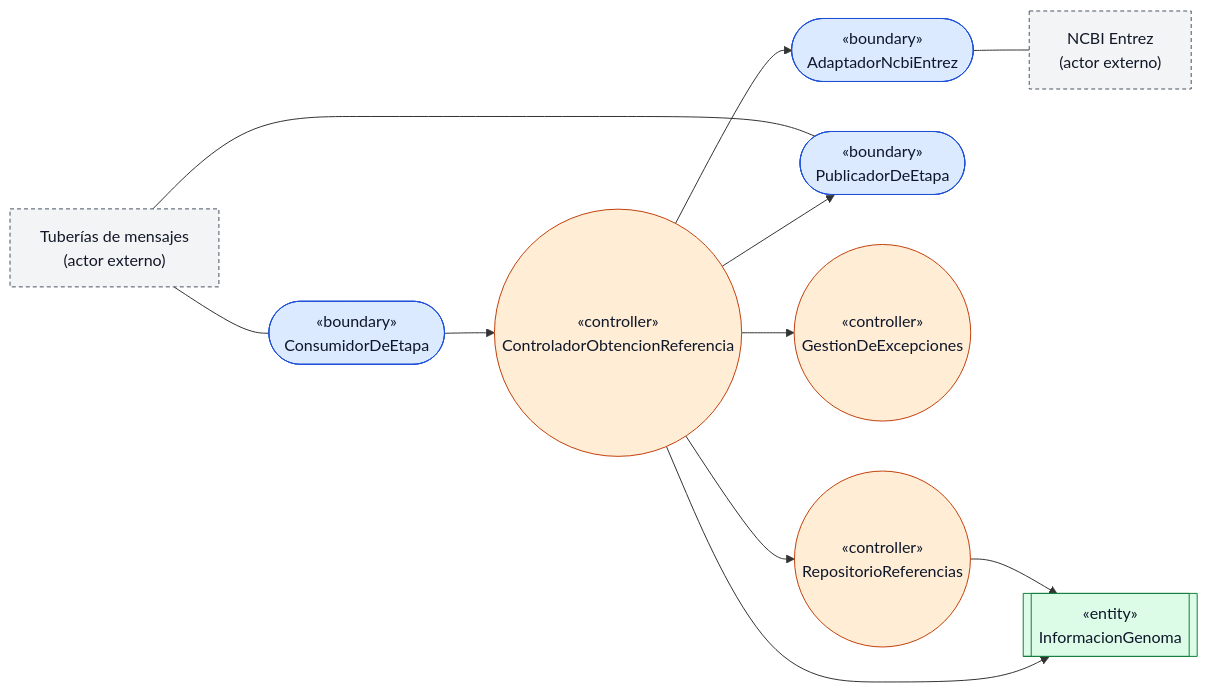
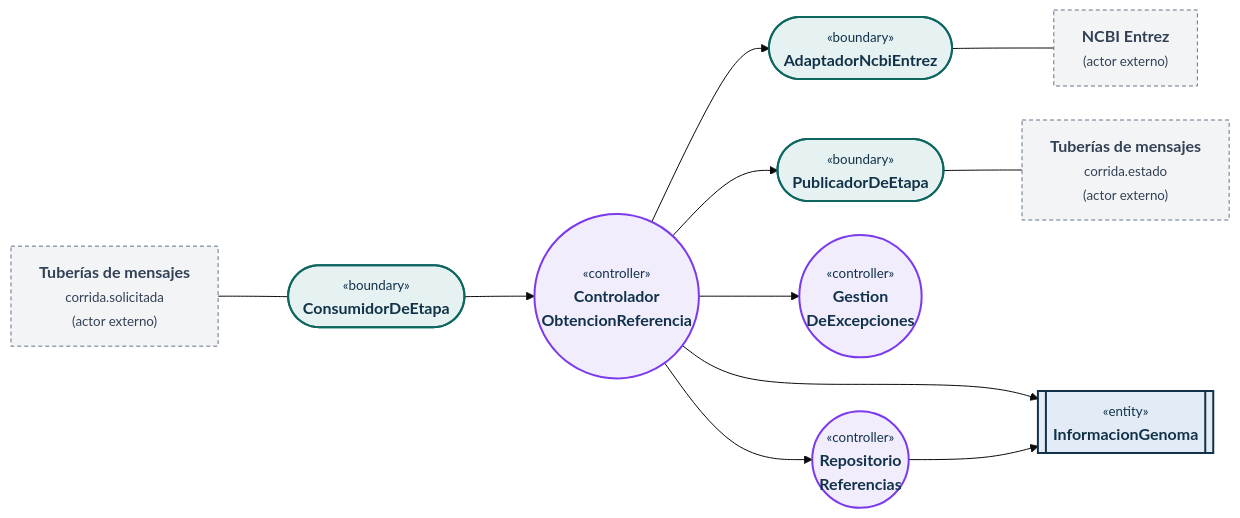
One commit to MatiasRiosMR/PrimerCraft-Pro-2026 changed the first of 4 diagrams in docs/design/diseno-detallado.md. Above: the diagram before and after it, drawn with Mermaid. The commit also changed other lines of this file, not shown here.

Commit message:
docs(tp4): rediseño los diagramas de robustez, secuencia y clases con los colores del proyecto, cajas por capa y mensajes numerados

````diff
--- a/docs/design/diseno-detallado.md
+++ b/docs/design/diseno-detallado.md
@@ -172,30 +172,40 @@
 ```mermaid
+---
+config:
+  theme: base
+  flowchart:
+    curve: basis
+    nodeSpacing: 34
+    rankSpacing: 70
+    padding: 14
+---
 flowchart LR
-    brk["Tuberías de mensajes<br/>(actor externo)"]
-    ncbi["NCBI Entrez<br/>(actor externo)"]
-    con(["«boundary»<br/>ConsumidorDeEtapa"])
-    ad(["«boundary»<br/>AdaptadorNcbiEntrez"])
-    pub(["«boundary»<br/>PublicadorDeEtapa"])
-    co(("«controller»<br/>ControladorObtencionReferencia"))
-    ge(("«controller»<br/>GestionDeExcepciones"))
-    ig[["«entity»<br/>InformacionGenoma"]]
-    rep(("«controller»<br/>RepositorioReferencias"))
-    brk --- con
+    brk_in["<b>Tuberías de mensajes</b><br/><small>corrida.solicitada</small><br/><small>(actor externo)</small>"]
+    brk_out["<b>Tuberías de mensajes</b><br/><small>corrida.estado</small><br/><small>(actor externo)</small>"]
+    ncbi["<b>NCBI Entrez</b><br/><small>(actor externo)</small>"]
+    con(["<small>«boundary»</small><br/><b>ConsumidorDeEtapa</b>"])
+    co(("<small>«controller»</small><br/><b>Controlador<br/>ObtencionReferencia</b>"))
+    ad(["<small>«boundary»</small><br/><b>AdaptadorNcbiEntrez</b>"])
+    pub(["<small>«boundary»</small><br/><b>PublicadorDeEtapa</b>"])
+    ge(("<small>«controller»</small><br/><b>Gestion<br/>DeExcepciones</b>"))
+    rep(("<small>«controller»</small><br/><b>Repositorio<br/>Referencias</b>"))
+    ig[["<small>«entity»</small><br/><b>InformacionGenoma</b>"]]
+    brk_in --- con
     con --> co
     co --> ad
     ad --- ncbi
     co --> ge
     co --> pub
-    pub --- brk
+    pub --- brk_out
     co --> ig
     co --> rep
     rep --> ig
-    classDef actor fill:#f3f4f6,stroke:#4b5563,color:#111827,stroke-dasharray: 4 3
-    classDef boundary fill:#dbeafe,stroke:#1d4ed8,color:#0f172a
-    classDef controller fill:#ffedd5,stroke:#c2410c,color:#0f172a
-    classDef entity fill:#dcfce7,stroke:#15803d,color:#0f172a
-    class brk,ncbi actor
+    classDef actor fill:#f3f4f6,stroke:#64748b,color:#334155,stroke-dasharray:4 3
+    classDef boundary fill:#e6f2f1,stroke:#0e6660,stroke-width:2px,color:#12324a
+    classDef controller fill:#f1edfd,stroke:#7c3aed,stroke-width:2px,color:#12324a
+    classDef entity fill:#e3ecf6,stroke:#12324a,stroke-width:2px,color:#12324a
+    class brk_in,brk_out,ncbi actor
     class con,ad,pub boundary
     class co,ge,rep controller
     class ig entity
 ```
````
